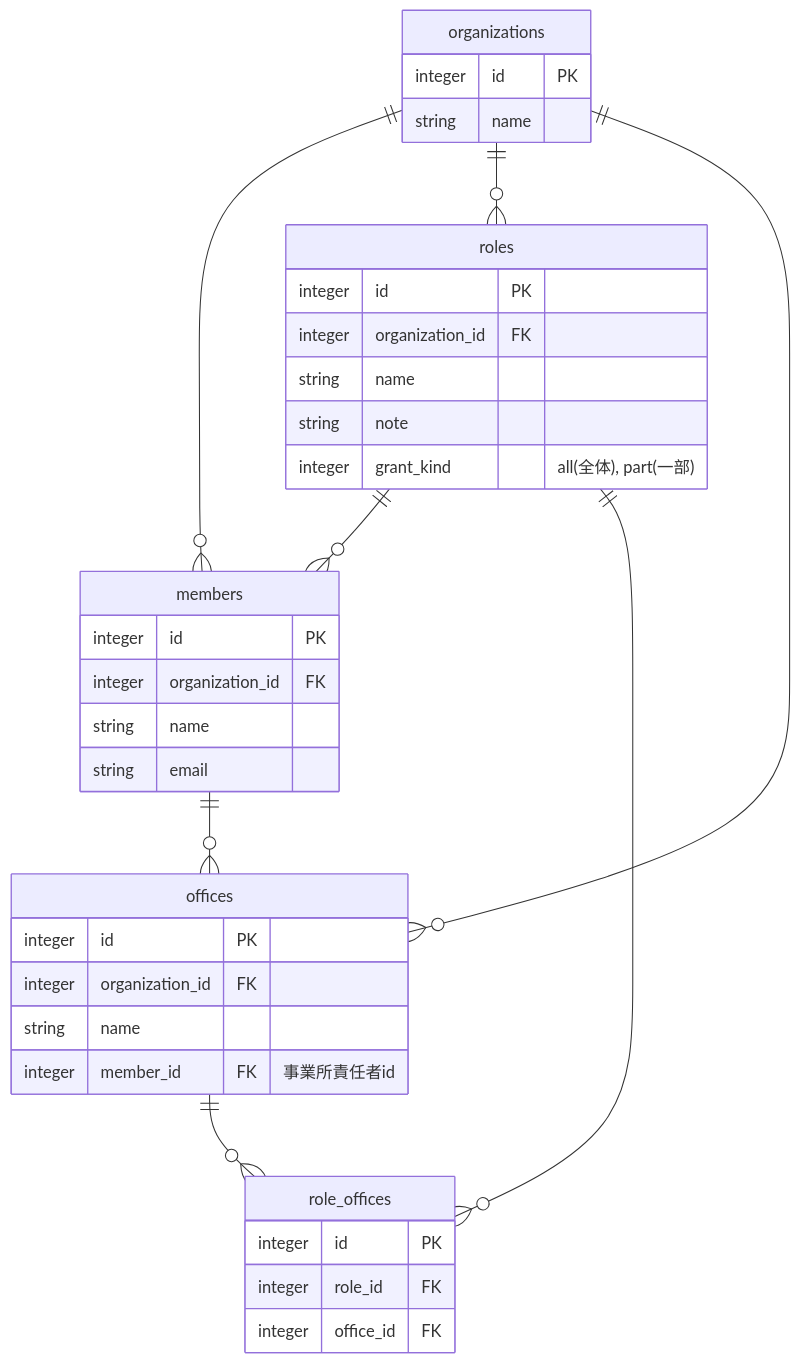
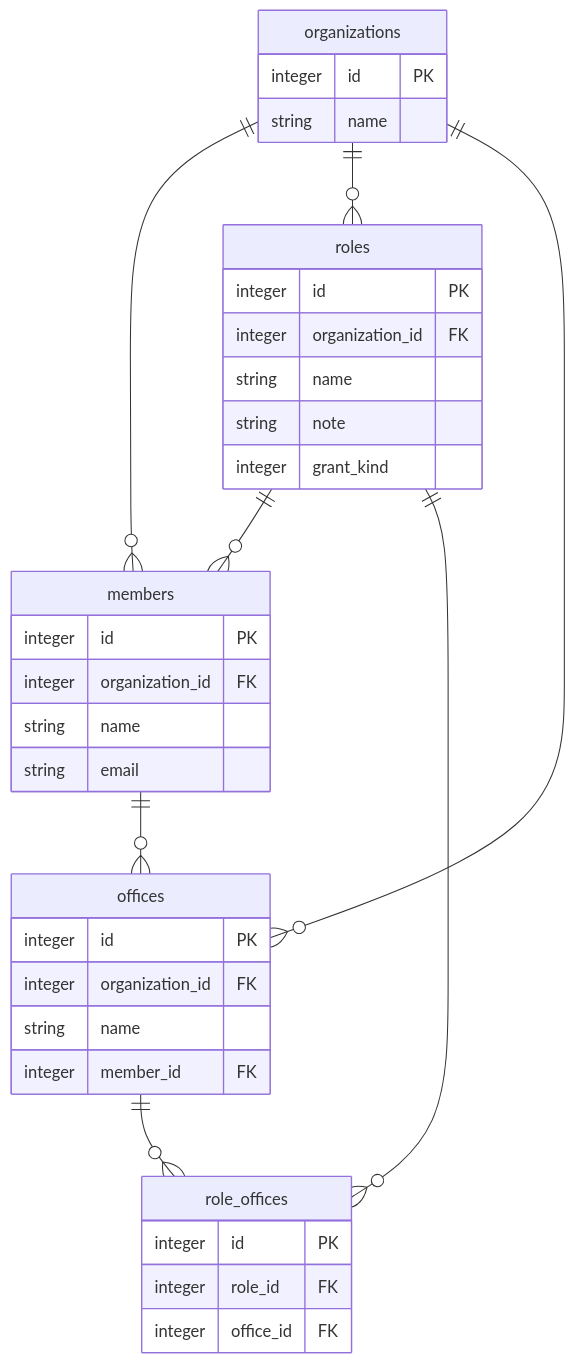
The diagram in er.md (takesoo/mermaid), drawn with Mermaid before and after one commit.

````diff
--- a/er.md
+++ b/er.md
@@ -1,45 +1,45 @@
 ```mermaid
 erDiagram
 
 organizations {
   integer id PK
   string name
 }
 
 members {
   integer id PK
   integer organization_id FK
   string name
   string email
 }
 
 roles {
   integer id PK
   integer organization_id FK
   string name
   string note
-  integer grant_kind "all(全体), part(一部)"
+  integer grant_kind
 }
 
 offices {
   integer id PK
   integer organization_id FK
   string name
-  integer member_id FK "事業所責任者id"
+  integer member_id FK
 }
 
 role_offices {
   integer id PK
   integer role_id FK
   integer office_id FK
 }
 
 organizations ||--o{ members: ""
 organizations ||--o{ roles: ""
 organizations ||--o{ offices: ""
 roles ||--o{ members: ""
 roles ||--o{ role_offices: ""
 offices ||--o{ role_offices: ""
 members ||--o{ offices: ""
 
 ```
````
